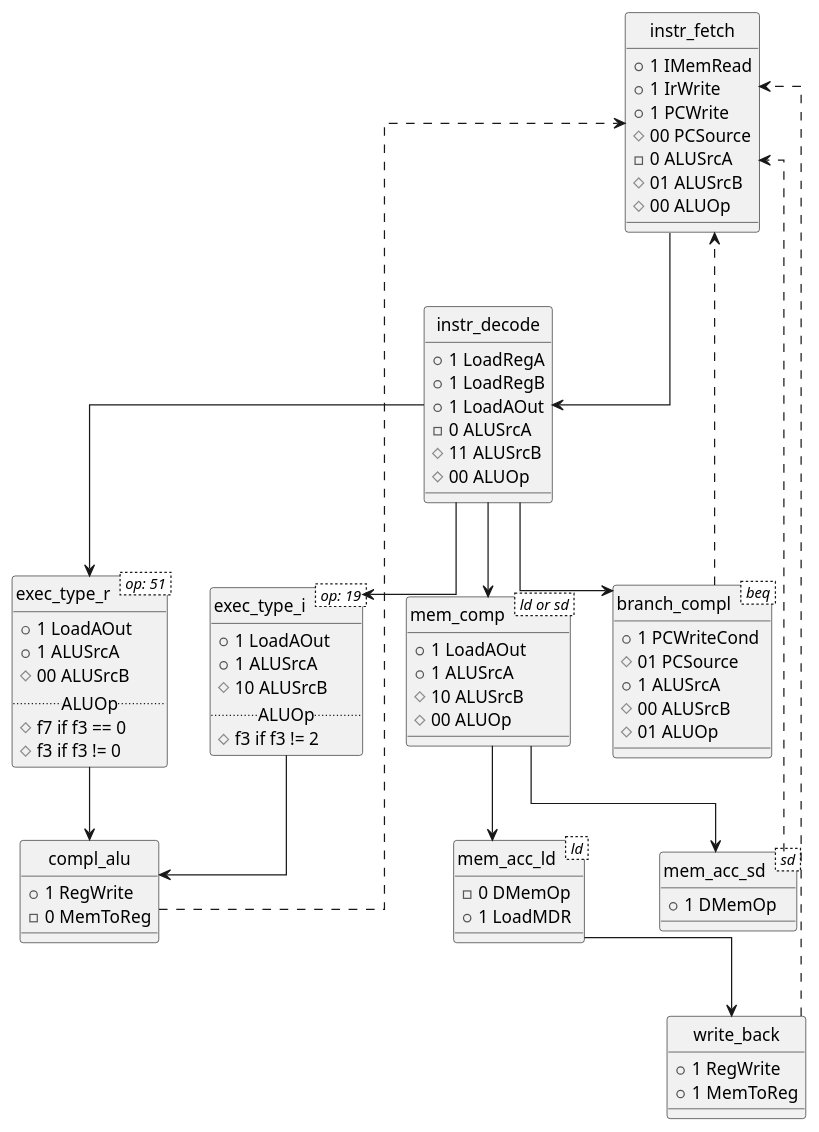
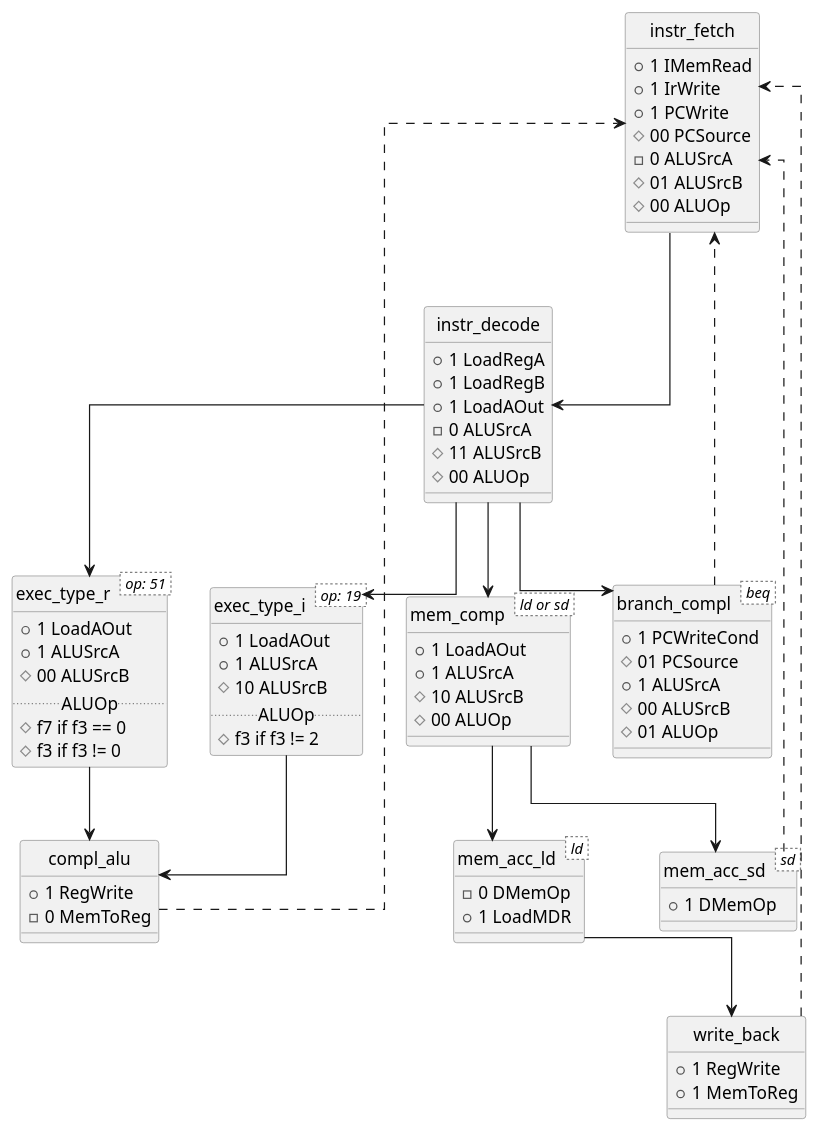
Before and after one commit to aricneto/RISC-DCCCLXVII: the diagram in docs/state.plantuml, drawn with PlantUML. The commit also changed 13 other files, not shown here.

```diff
--- a/docs/state.plantuml
+++ b/docs/state.plantuml
@@ -1,103 +1,109 @@
-@startuml state
+@startuml staty
 
 skinparam monochrome true
 'line ortho, polyline
 skinparam linetype ortho
 skinparam shadowing false
+skinparam class {
+	'BackgroundColor PaleGreen
+	'ArrowColor SeaGreen
+	BorderColor gray
+}
+
 
 class instr_fetch {
     + 1 IMemRead
     + 1 IrWrite
     + 1 PCWrite
     # 00 PCSource
     - 0 ALUSrcA
     # 01 ALUSrcB
     # 00 ALUOp
 }
 
 class instr_decode {
     + 1 LoadRegA
     + 1 LoadRegB
     + 1 LoadAOut
     - 0 ALUSrcA
     # 11 ALUSrcB
     # 00 ALUOp
 }
 
 class mem_comp < ld or sd > {
     + 1 LoadAOut
     + 1 ALUSrcA
     # 10 ALUSrcB
     # 00 ALUOp 
 }
 
 class mem_acc_ld < ld > {
     - 0 DMemOp
     + 1 LoadMDR
 }
 
 class mem_acc_sd < sd >{
     + 1 DMemOp
 }
 
 class write_back {
     + 1 RegWrite
     + 1 MemToReg
 }
 
 class exec_type_r < op: 51 >{
     + 1 LoadAOut
     + 1 ALUSrcA
     # 00 ALUSrcB
     .. ALUOp ..
     # f7 if f3 == 0
     # f3 if f3 != 0
 }
 
 class exec_type_i < op: 19 >{
     + 1 LoadAOut
     + 1 ALUSrcA
     # 10 ALUSrcB
     .. ALUOp ..
     # f3 if f3 != 2
 }
 
 class compl_alu {
     + 1 RegWrite
     - 0 MemToReg
 }
 
 class branch_compl < beq > {
     + 1 PCWriteCond
     # 01 PCSource
     + 1 ALUSrcA
     # 00 ALUSrcB
     # 01 ALUOp
 }
 
 instr_fetch --> instr_decode
 
 instr_decode --> mem_comp
 instr_decode --> exec_type_i
 instr_decode --> exec_type_r
 instr_decode --> branch_compl
 
 mem_comp --> mem_acc_ld
 mem_comp --> mem_acc_sd
 
 mem_acc_ld --> write_back
 write_back ..> instr_fetch
 
 mem_acc_sd ..> instr_fetch
 
 exec_type_r --> compl_alu
 exec_type_i --> compl_alu
 
 compl_alu ..> instr_fetch
 
 branch_compl ..> instr_fetch
 
 
 hide class circle
 
 @enduml
```
